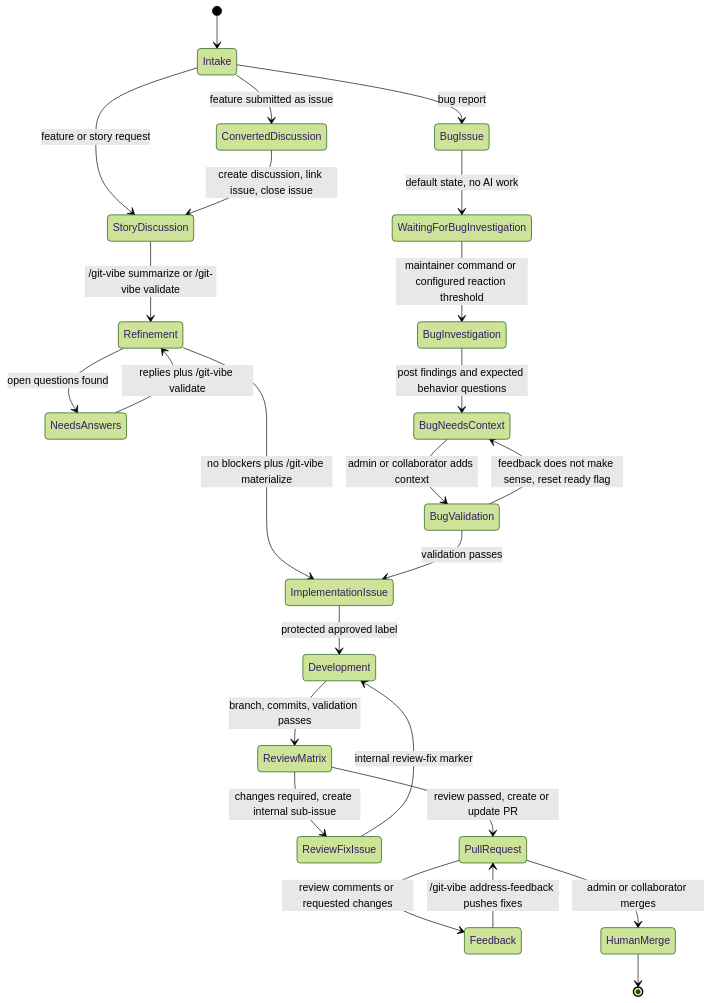
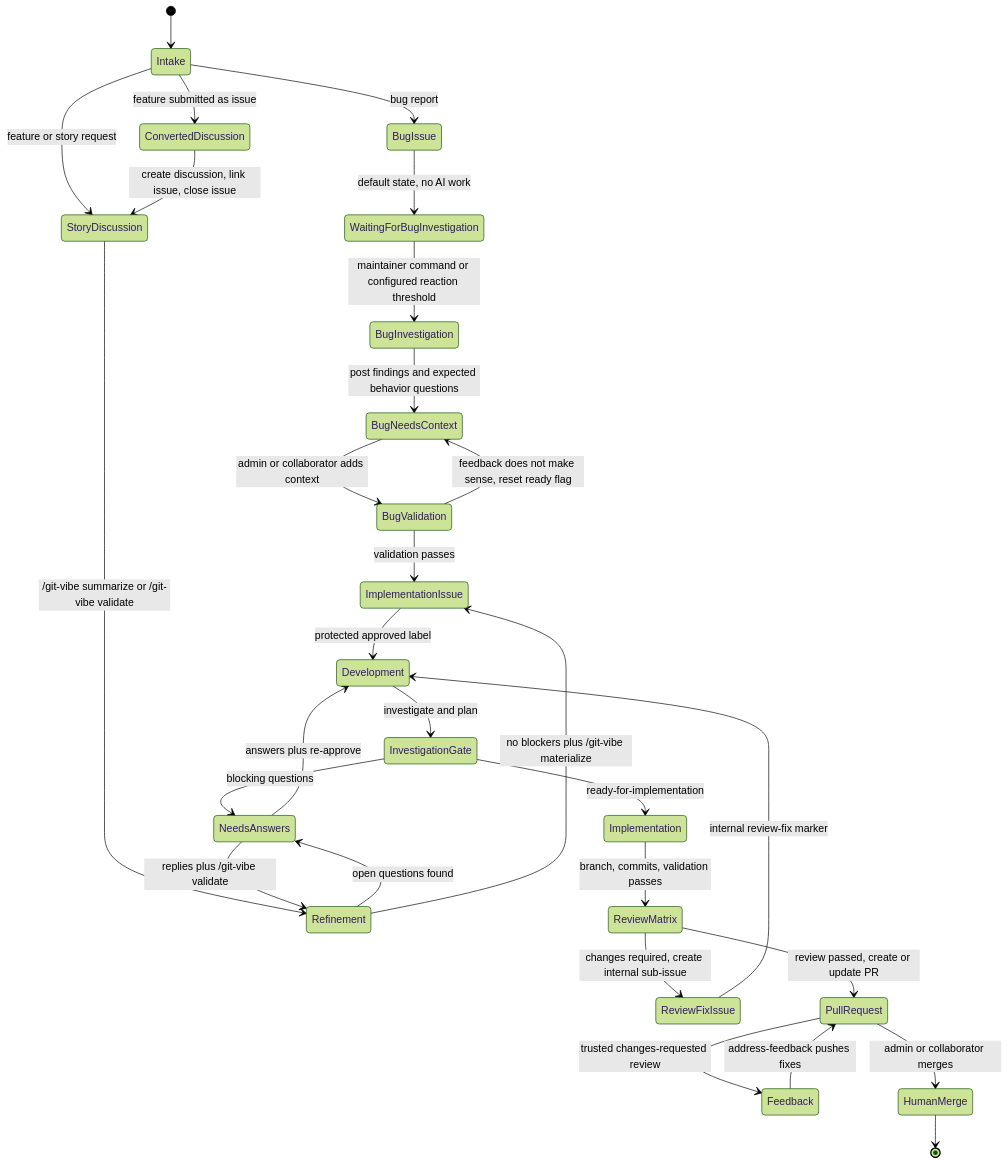
Before and after one commit to markhuangai/git-vibe: the first of 5 diagrams in docs/WORKFLOW.md, drawn with Mermaid (forest theme). The commit also changed other lines of this file and 27 other files, not shown here.

Commit message:
Implement investigation gate and workflow feedback

````diff
--- a/docs/WORKFLOW.md
+++ b/docs/WORKFLOW.md
@@ -5,34 +5,38 @@
 ```mermaid
 stateDiagram-v2
   [*] --> Intake
 
   Intake --> BugIssue: bug report
   Intake --> StoryDiscussion: feature or story request
 
   Intake --> ConvertedDiscussion: feature submitted as issue
   ConvertedDiscussion --> StoryDiscussion: create discussion, link issue, close issue
 
   StoryDiscussion --> Refinement: /git-vibe summarize or /git-vibe validate
   Refinement --> NeedsAnswers: open questions found
   NeedsAnswers --> Refinement: replies plus /git-vibe validate
   Refinement --> ImplementationIssue: no blockers plus /git-vibe materialize
 
   BugIssue --> WaitingForBugInvestigation: default state, no AI work
   WaitingForBugInvestigation --> BugInvestigation: maintainer command or configured reaction threshold
   BugInvestigation --> BugNeedsContext: post findings and expected behavior questions
   BugNeedsContext --> BugValidation: admin or collaborator adds context
   BugValidation --> BugNeedsContext: feedback does not make sense, reset ready flag
   BugValidation --> ImplementationIssue: validation passes
 
   ImplementationIssue --> Development: protected approved label
   ReviewFixIssue --> Development: internal review-fix marker
 
-  Development --> ReviewMatrix: branch, commits, validation passes
+  Development --> InvestigationGate: investigate and plan
+  InvestigationGate --> NeedsAnswers: blocking questions
+  NeedsAnswers --> Development: answers plus re-approve
+  InvestigationGate --> Implementation: ready-for-implementation
+  Implementation --> ReviewMatrix: branch, commits, validation passes
   ReviewMatrix --> ReviewFixIssue: changes required, create internal sub-issue
   ReviewMatrix --> PullRequest: review passed, create or update PR
-  PullRequest --> Feedback: review comments or requested changes
-  Feedback --> PullRequest: /git-vibe address-feedback pushes fixes
+  PullRequest --> Feedback: trusted changes-requested review
+  Feedback --> PullRequest: address-feedback pushes fixes
   PullRequest --> HumanMerge: admin or collaborator merges
 
   HumanMerge --> [*]
 ```
````
